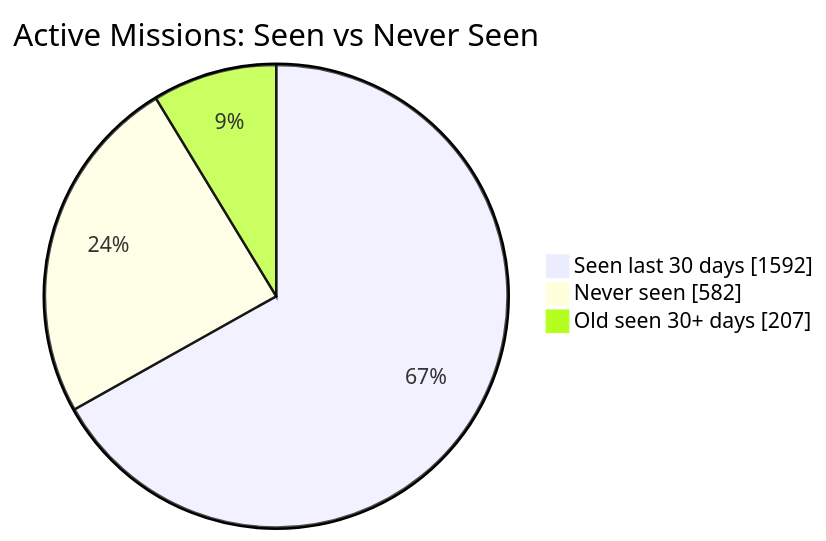
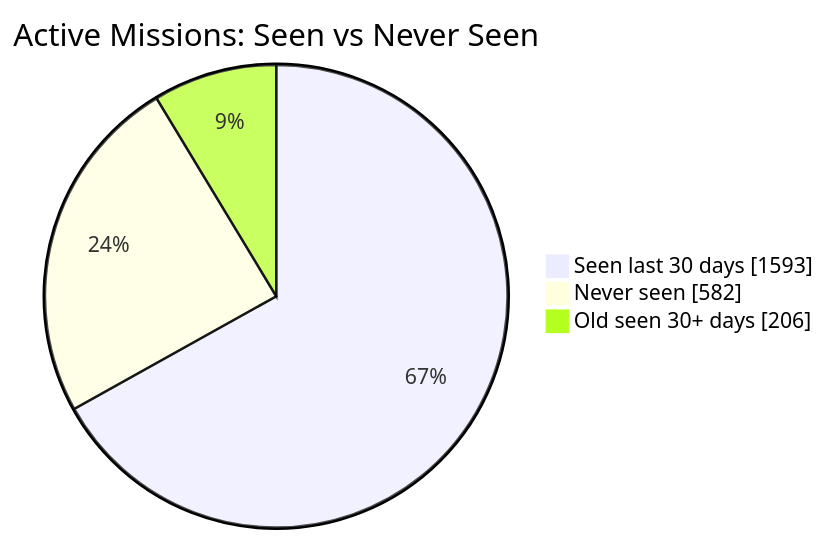
The first of 2 diagrams in README.md (MeldkamerspelGameTeam/active-missions), drawn with Mermaid before and after one commit. The commit also changed other lines of this file and 3 other files, not shown here.

````diff
--- a/README.md
+++ b/README.md
@@ -34,7 +34,7 @@
 ```mermaid
 pie showData
     title Active Missions: Seen vs Never Seen
-    "Seen last 30 days" : 1592
+    "Seen last 30 days" : 1593
     "Never seen" : 582
-    "Old seen 30+ days" : 207
+    "Old seen 30+ days" : 206
 ```
````
